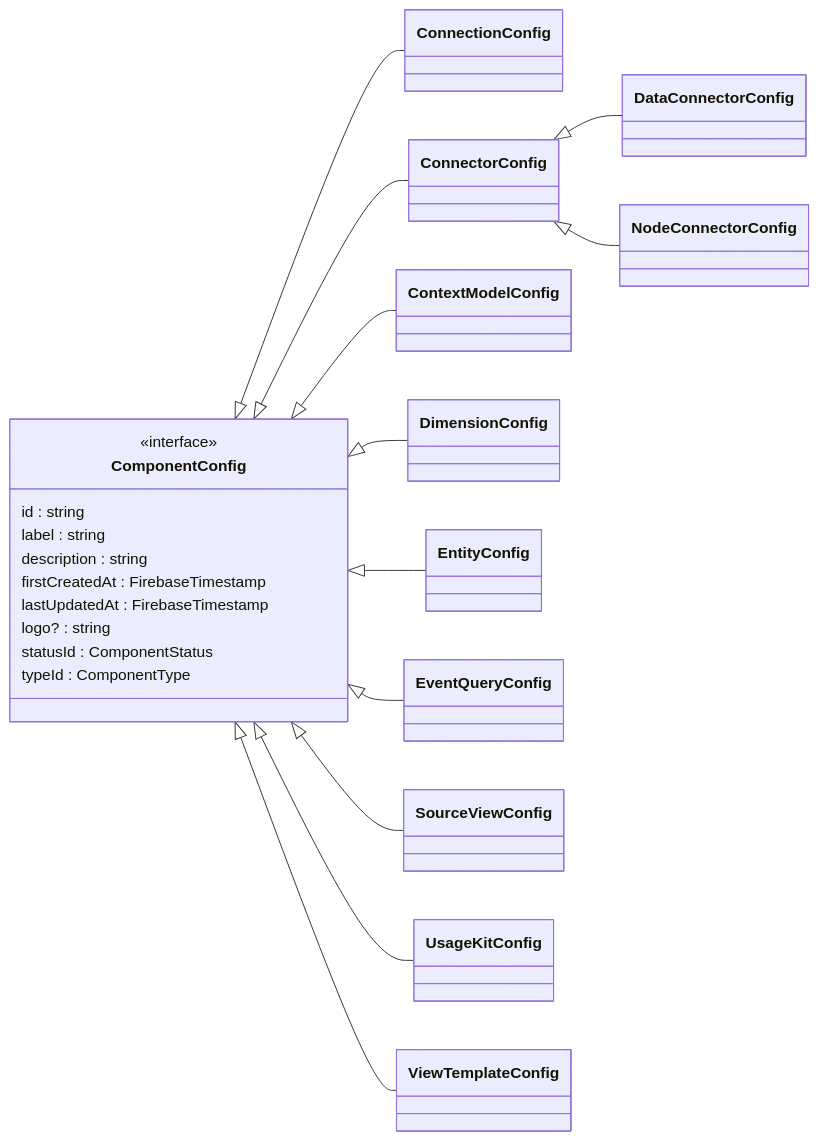
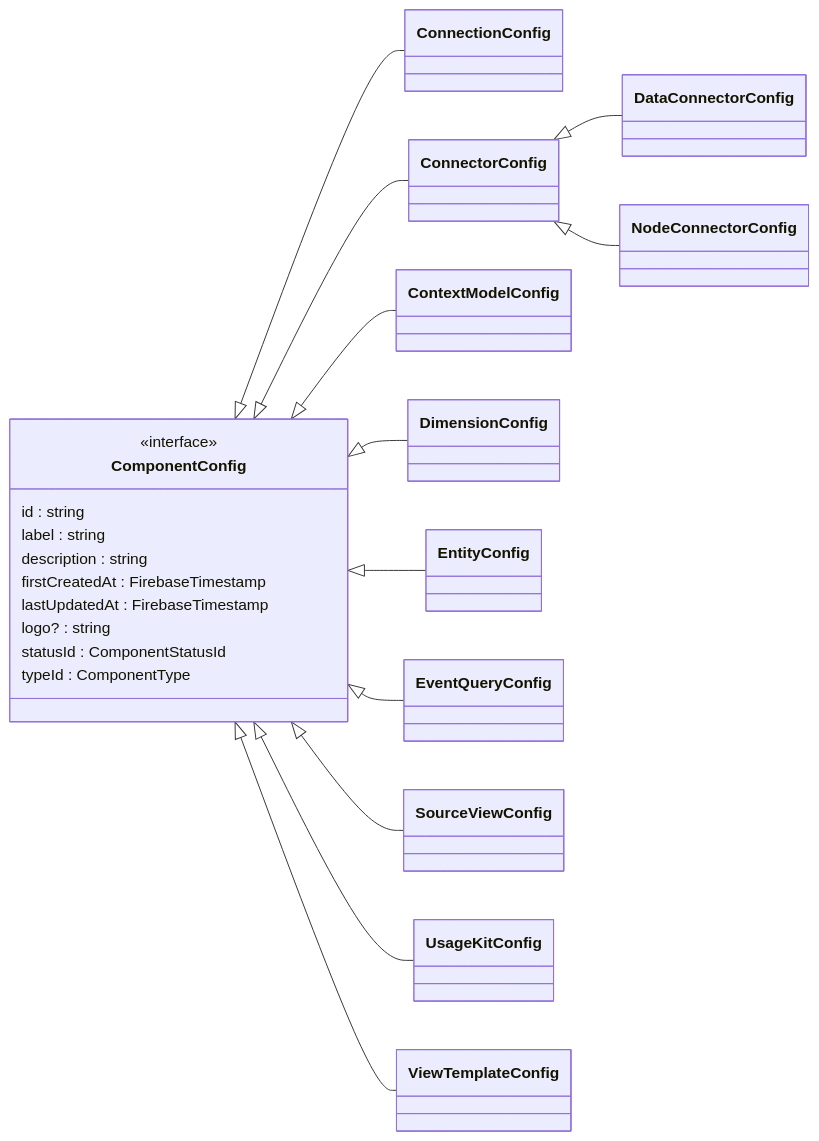
One commit to data-positioning/datapos-shared changed the first of 15 diagrams in README.md. Above: the diagram before and after it, drawn with Mermaid. The commit also changed other lines of this file and 4 other files, not shown here.

````diff
--- a/README.md
+++ b/README.md
@@ -9,28 +9,28 @@
 ```mermaid
 classDiagram
     direction LR
 
     class ComponentConfig {
         <<interface>>
         id : string
         label : string
         description : string
         firstCreatedAt : FirebaseTimestamp
         lastUpdatedAt : FirebaseTimestamp
         logo? : string
-        statusId : ComponentStatus
+        statusId : ComponentStatusId
         typeId : ComponentType
     }
 
     ComponentConfig <|-- ConnectionConfig
     ComponentConfig <|-- ConnectorConfig
     ConnectorConfig <|-- DataConnectorConfig
     ConnectorConfig <|-- NodeConnectorConfig
     ComponentConfig <|-- ContextModelConfig
     ComponentConfig <|-- DimensionConfig
     ComponentConfig <|-- EntityConfig
     ComponentConfig <|-- EventQueryConfig
     ComponentConfig <|-- SourceViewConfig
     ComponentConfig <|-- UsageKitConfig
     ComponentConfig <|-- ViewTemplateConfig
 ```
````
